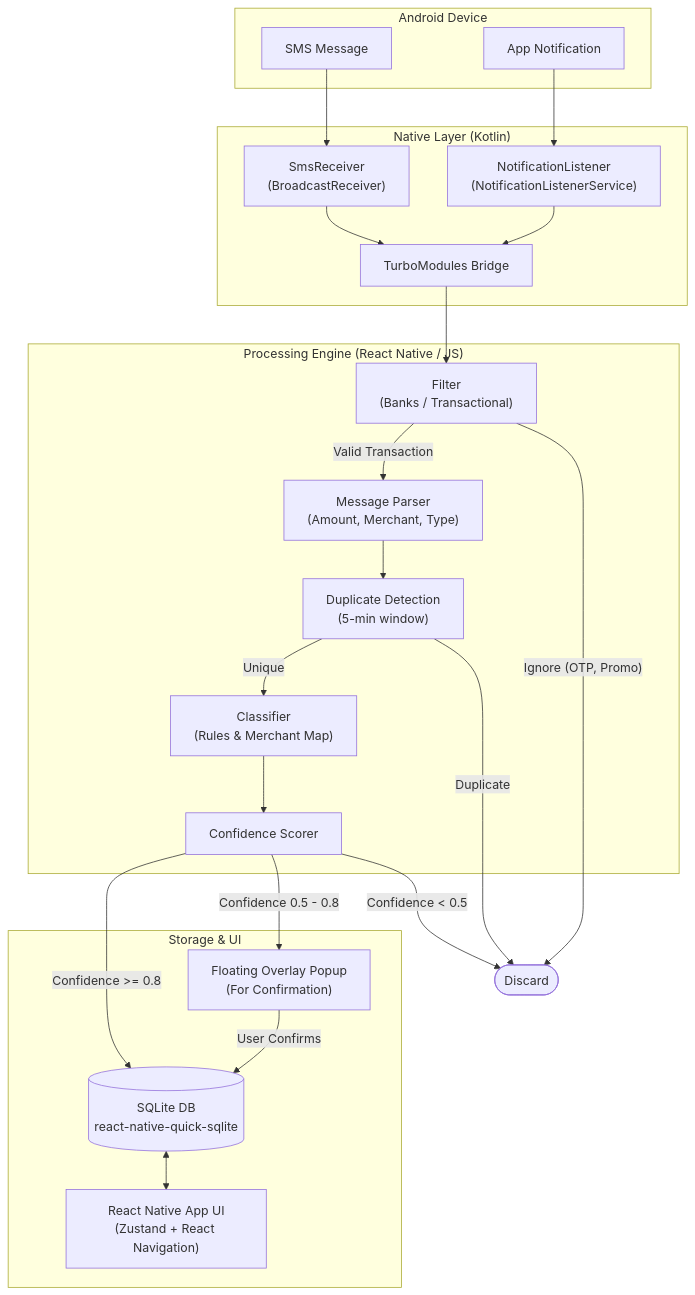
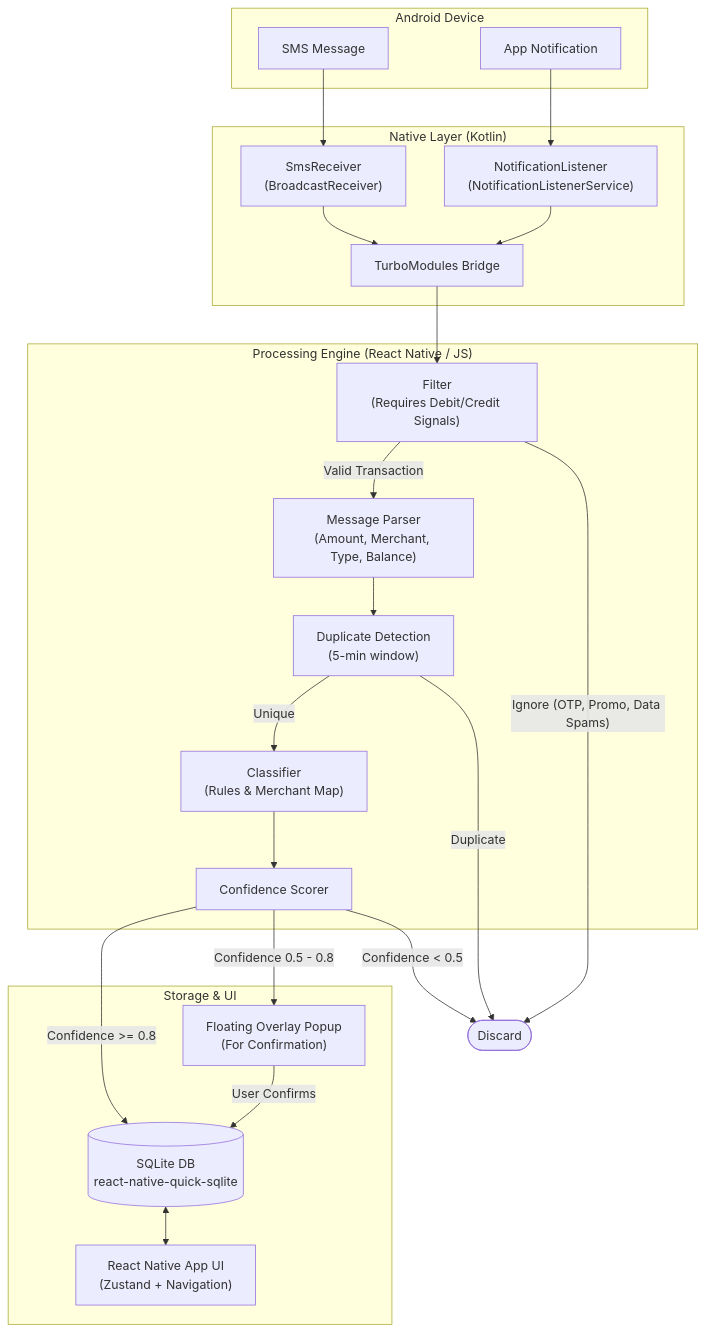
The diagram in architecture.md (GangSagar/expenses-tracker-app), drawn with Mermaid before and after one commit. The commit also changed other lines of this file and 3 other files, not shown here.

````diff
--- a/architecture.md
+++ b/architecture.md
@@ -7,47 +7,47 @@
 ```mermaid
 flowchart TD
     subgraph Device["Android Device"]
         SMS["SMS Message"]
         Notif["App Notification"]
     end
 
     subgraph Native["Native Layer (Kotlin)"]
         SmsReceiver["SmsReceiver\n(BroadcastReceiver)"]
         NotifListener["NotificationListener\n(NotificationListenerService)"]
         Bridge["TurboModules Bridge"]
     end
 
     subgraph RNCore["Processing Engine (React Native / JS)"]
-        Filter["Filter\n(Banks / Transactional)"]
-        Parser["Message Parser\n(Amount, Merchant, Type)"]
+        Filter["Filter\n(Requires Debit/Credit Signals)"]
+        Parser["Message Parser\n(Amount, Merchant, Type, Balance)"]
         Dedup["Duplicate Detection\n(5-min window)"]
         Classifier["Classifier\n(Rules & Merchant Map)"]
         ConfidenceScorer["Confidence Scorer"]
     end
 
     subgraph Storage["Storage & UI"]
         DB[(SQLite DB\nreact-native-quick-sqlite)]
         Popup["Floating Overlay Popup\n(For Confirmation)"]
-        UI["React Native App UI\n(Zustand + React Navigation)"]
+        UI["React Native App UI\n(Zustand + Navigation)"]
     end
 
     SMS --> SmsReceiver
     Notif --> NotifListener
     SmsReceiver --> Bridge
     NotifListener --> Bridge
 
     Bridge --> Filter
     Filter -- "Valid Transaction" --> Parser
-    Filter -- "Ignore (OTP, Promo)" --> Discard(["Discard"])
+    Filter -- "Ignore (OTP, Promo, Data Spams)" --> Discard(["Discard"])
     Parser --> Dedup
     Dedup -- "Unique" --> Classifier
     Dedup -- "Duplicate" --> Discard
     Classifier --> ConfidenceScorer
 
     ConfidenceScorer -- "Confidence >= 0.8" --> DB
     ConfidenceScorer -- "Confidence 0.5 - 0.8" --> Popup
     ConfidenceScorer -- "Confidence < 0.5" --> Discard
     
     Popup -- "User Confirms" --> DB
     DB <--> UI
 ```
````
